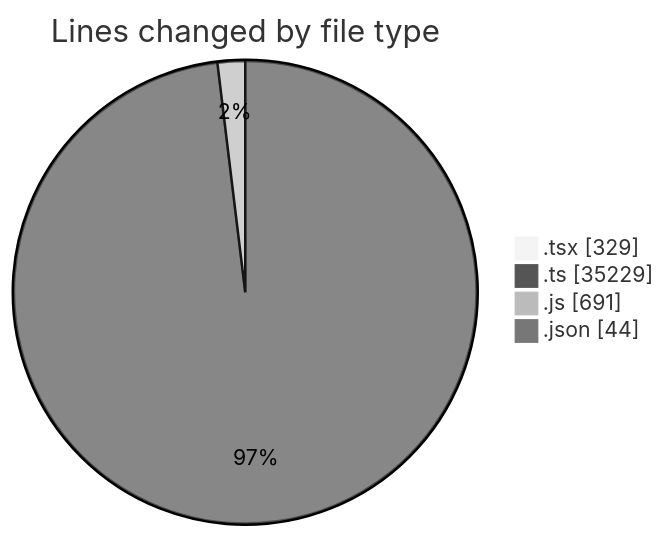
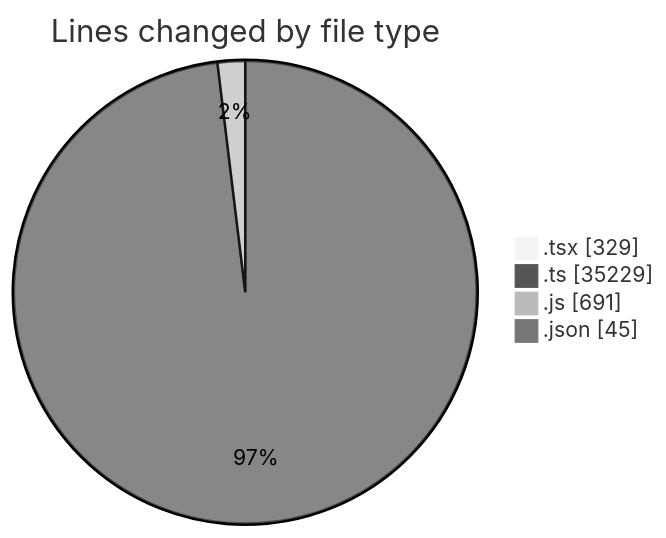
Before and after one commit to momahboobian/code-tracking: the first of 2 diagrams in 2025-12-17/cda/README.md, drawn with Mermaid (neutral theme). The commit also changed other lines of this file and 1 other file, not shown here.

````diff
--- a/2025-12-17/cda/README.md
+++ b/2025-12-17/cda/README.md
@@ -36,8 +36,8 @@
 ```mermaid
 pie showData
 title Lines changed by file type
 ".tsx" : 329
 ".ts" : 35229
 ".js" : 691
-".json" : 44
+".json" : 45
 ```
````
